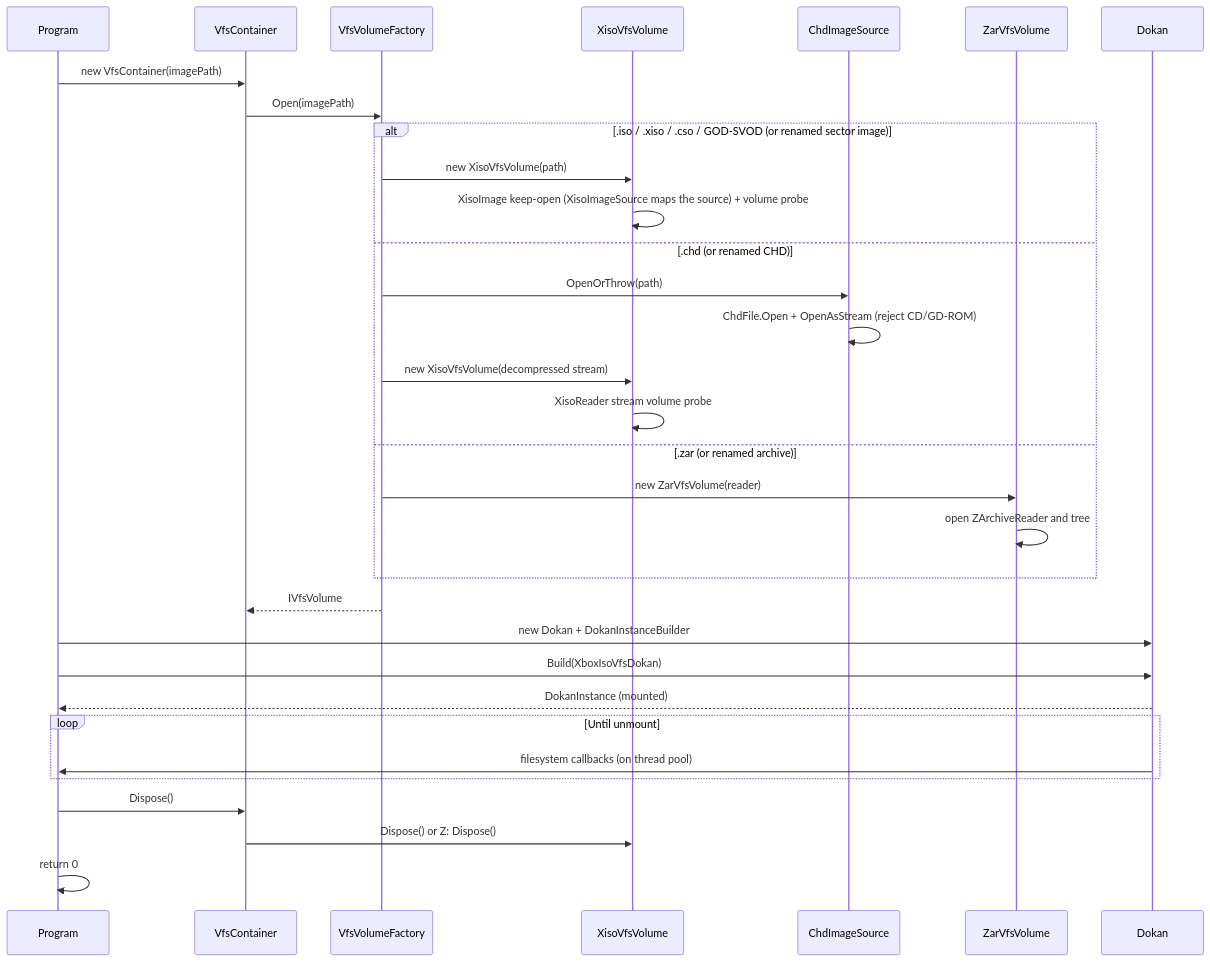
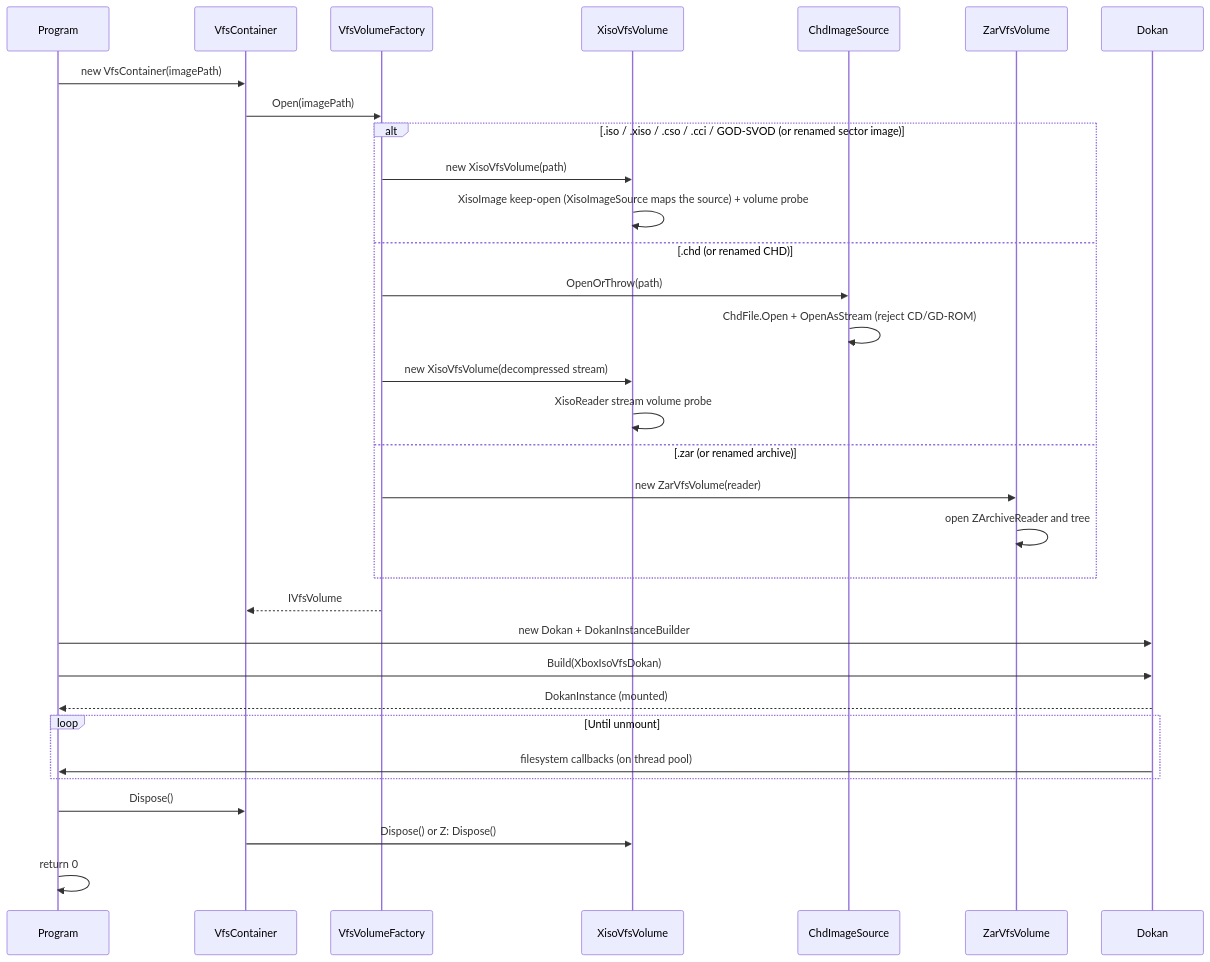
Before and after one commit to purelogiccode/SimpleXisoDrive: the second of 2 diagrams in docs/Architecture.md, drawn with Mermaid. The commit also changed other lines of this file and 20 other files, not shown here.

Commit message:
feat: resolve CCI images through XisoImageSource and StfsSharp GOD headers

````diff
--- a/docs/Architecture.md
+++ b/docs/Architecture.md
@@ -135,35 +135,35 @@
 ```mermaid
 sequenceDiagram
     participant P as Program
     participant V as VfsContainer
     participant F as VfsVolumeFactory
     participant X as XisoVfsVolume
     participant C as ChdImageSource
     participant Z as ZarVfsVolume
     participant DK as Dokan
 
     P->>V: new VfsContainer(imagePath)
     V->>F: Open(imagePath)
-    alt .iso / .xiso / .cso / GOD-SVOD (or renamed sector image)
+    alt .iso / .xiso / .cso / .cci / GOD-SVOD (or renamed sector image)
         F->>X: new XisoVfsVolume(path)
         X->>X: XisoImage keep-open (XisoImageSource maps the source) + volume probe
     else .chd (or renamed CHD)
         F->>C: OpenOrThrow(path)
         C->>C: ChdFile.Open + OpenAsStream (reject CD/GD-ROM)
         F->>X: new XisoVfsVolume(decompressed stream)
         X->>X: XisoReader stream volume probe
     else .zar (or renamed archive)
         F->>Z: new ZarVfsVolume(reader)
         Z->>Z: open ZArchiveReader and tree
     end
     F-->>V: IVfsVolume
     P->>DK: new Dokan + DokanInstanceBuilder
     P->>DK: Build(XboxIsoVfsDokan)
     DK-->>P: DokanInstance (mounted)
     loop Until unmount
         DK->>P: filesystem callbacks (on thread pool)
     end
     P->>V: Dispose()
     V->>X: Dispose() or Z: Dispose()
     P->>P: return 0
 ```
````
